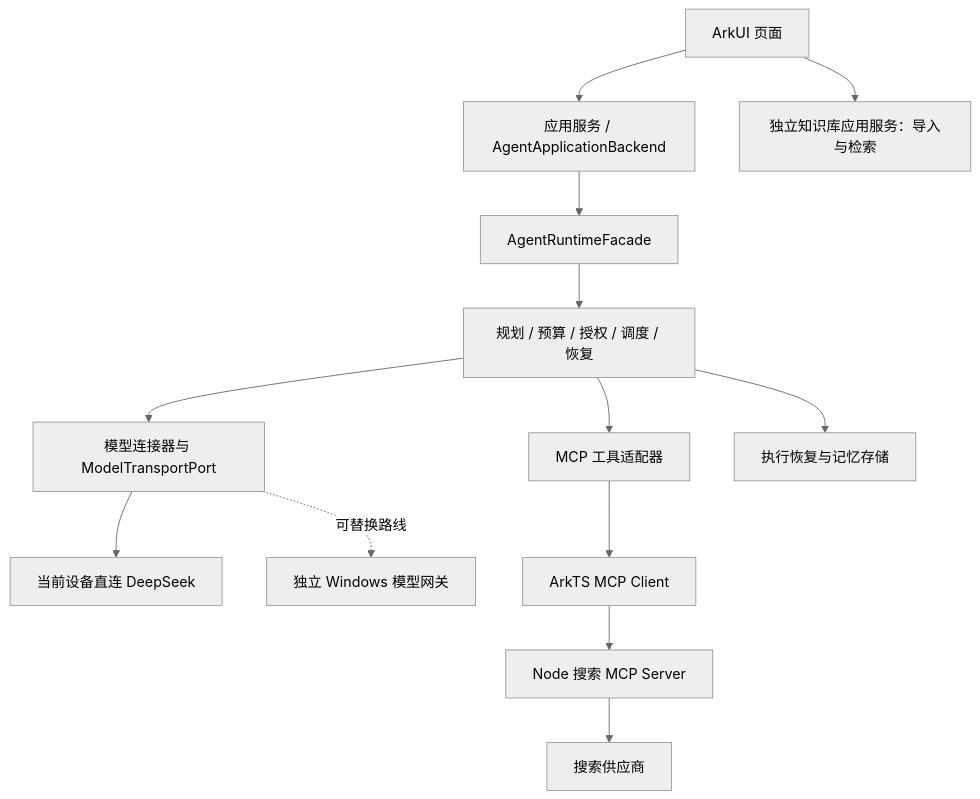
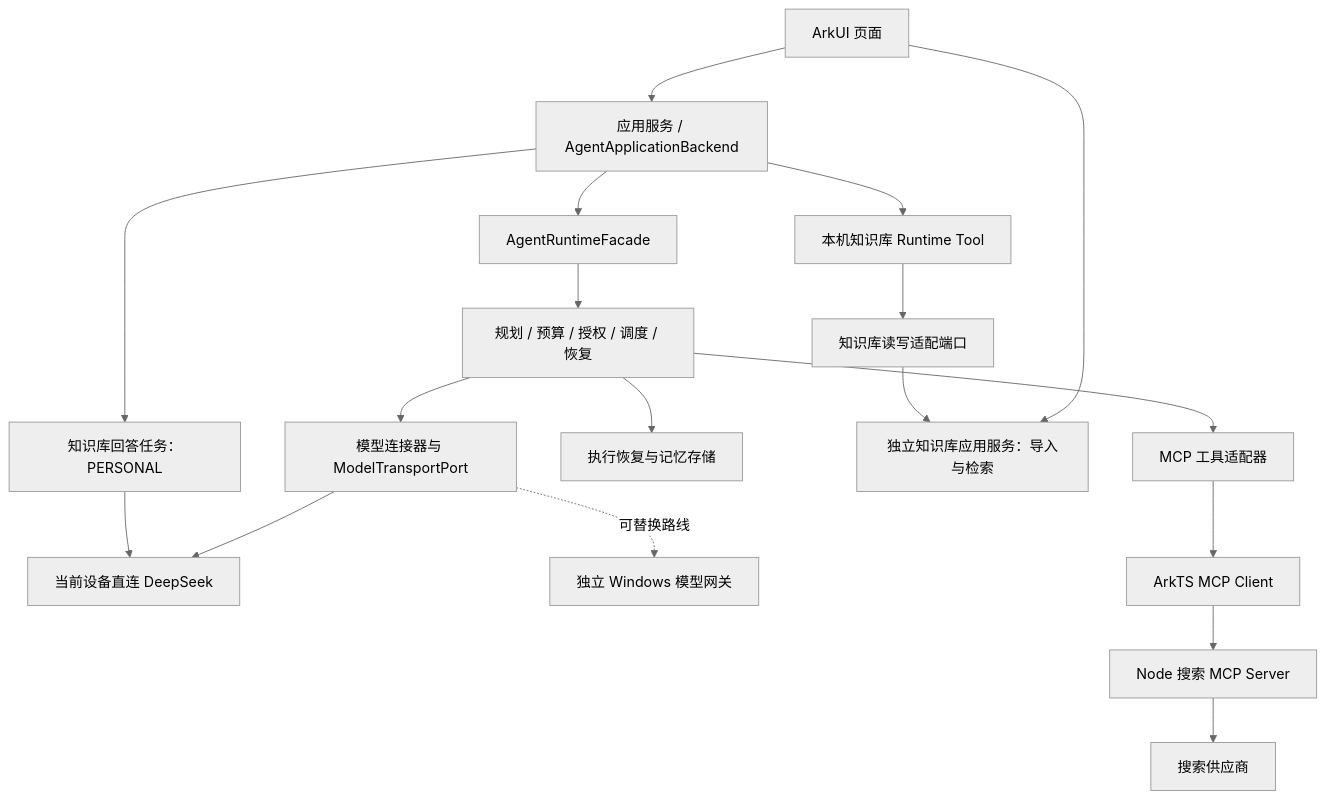
One commit to ZaneOw0/Shuvi-agent changed the diagram in docs/architecture/Agent运行时架构.md. Above: the diagram before and after it, drawn with Mermaid (neutral theme). The commit also changed other lines of this file and 58 other files, not shown here.

First line of the commit message:
feat(agent): 接入知识库与原图视觉问答后端

````diff
--- a/docs/architecture/Agent运行时架构.md
+++ b/docs/architecture/Agent运行时架构.md
@@ -11,15 +11,20 @@
 ```mermaid
 flowchart TD
   UI[ArkUI 页面] --> App[应用服务 / AgentApplicationBackend]
   App --> Facade[AgentRuntimeFacade]
   Facade --> Runtime[规划 / 预算 / 授权 / 调度 / 恢复]
   Runtime --> Model[模型连接器与 ModelTransportPort]
   Runtime --> Tools[MCP 工具适配器]
   Runtime --> Storage[执行恢复与记忆存储]
   Model --> Direct[当前设备直连 DeepSeek]
   Model -. 可替换路线 .-> Gateway[独立 Windows 模型网关]
   Tools --> Client[ArkTS MCP Client]
   Client --> Search[Node 搜索 MCP Server]
   Search --> Provider[搜索供应商]
   UI --> RAG[独立知识库应用服务：导入与检索]
+  App --> KBTool[本机知识库 Runtime Tool]
+  KBTool --> KBPort[知识库读写适配端口]
+  KBPort --> RAG
+  App --> KBAnswer[知识库回答任务：PERSONAL]
+  KBAnswer --> Direct
 ```
````
